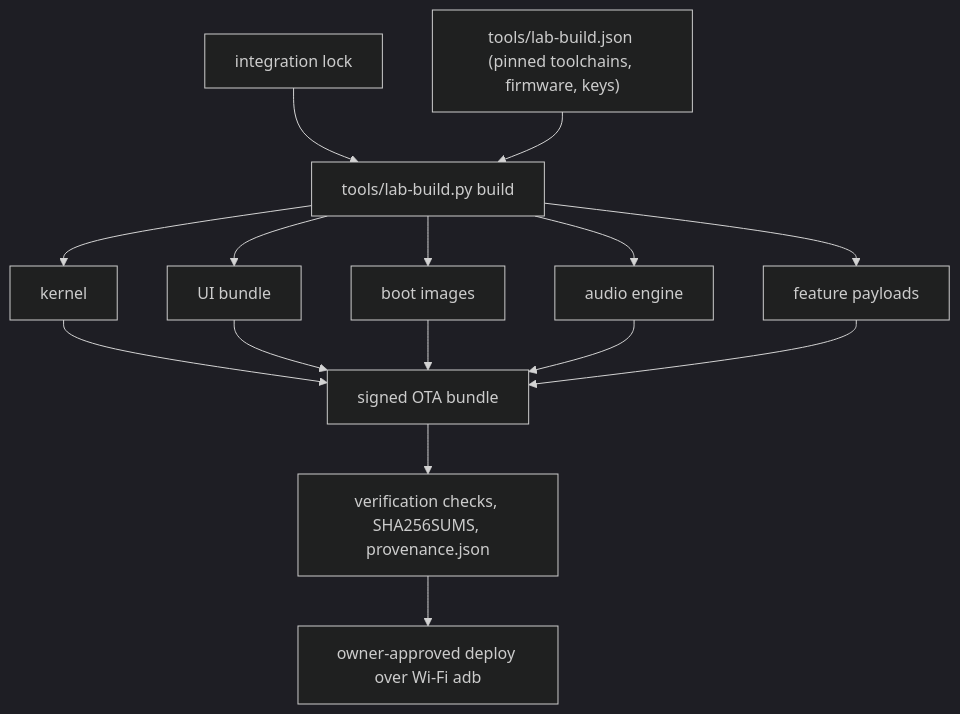
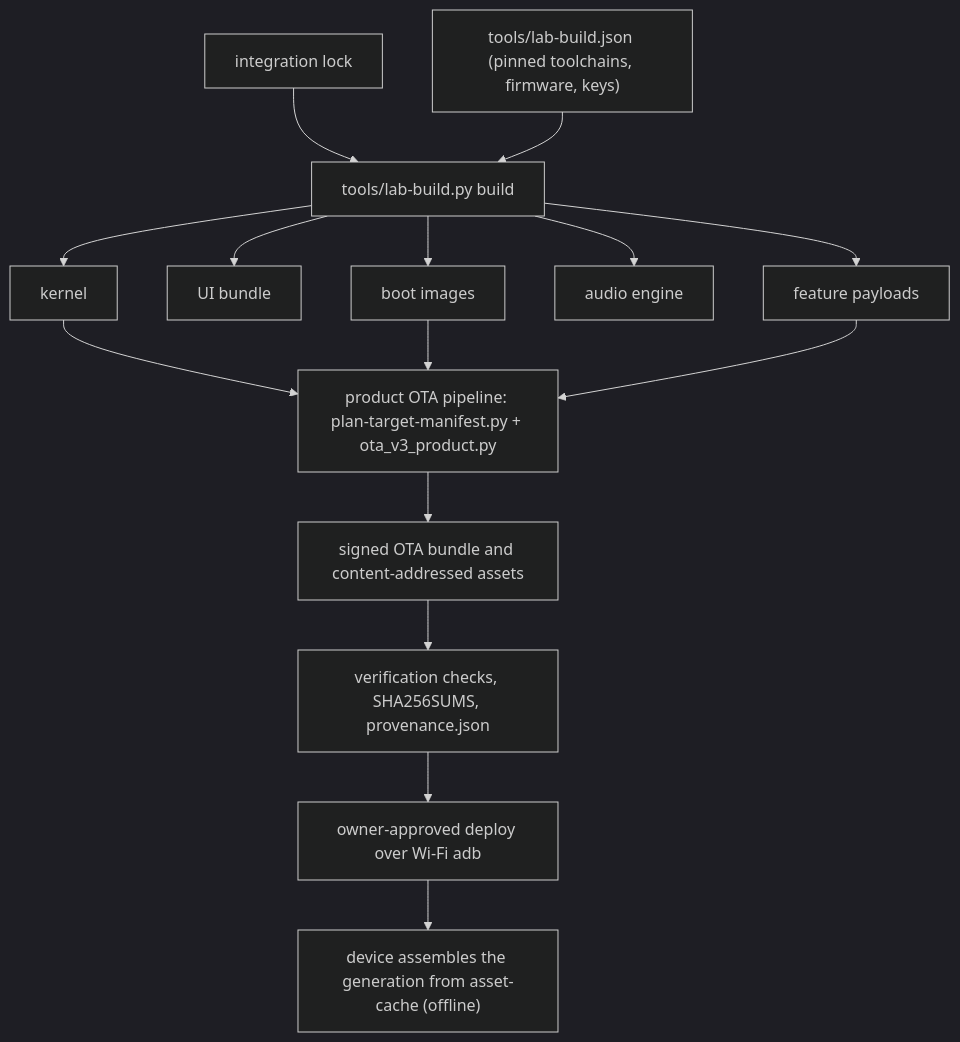
Before and after one commit to TomGrozev/libreecho-lidar-port: the third of 3 diagrams in README.md, drawn with Mermaid (dark theme). The commit also changed other lines of this file and 3 other files, not shown here.

First line of the commit message:
feat(tools): sign lab OTAs with the LibreEcho product pipeline

````diff
--- a/README.md
+++ b/README.md
@@ -109,17 +109,17 @@
 ```mermaid
 flowchart TD
     LOCK["integration lock"] --> BUILD["tools/lab-build.py build"]
     PIN["tools/lab-build.json (pinned toolchains, firmware, keys)"] --> BUILD
     BUILD --> K["kernel"]
     BUILD --> UI["UI bundle"]
     BUILD --> BOOT["boot images"]
     BUILD --> AUD["audio engine"]
     BUILD --> FEATP["feature payloads"]
-    K --> OTA["signed OTA bundle"]
-    UI --> OTA
-    BOOT --> OTA
-    AUD --> OTA
-    FEATP --> OTA
+    K --> PLAN["product OTA pipeline: plan-target-manifest.py + ota_v3_product.py"]
+    BOOT --> PLAN
+    FEATP --> PLAN
+    PLAN --> OTA["signed OTA bundle and content-addressed assets"]
     OTA --> VER["verification checks, SHA256SUMS, provenance.json"]
     VER --> DEP["owner-approved deploy over Wi-Fi adb"]
+    DEP --> ASM["device assembles the generation from asset-cache (offline)"]
 ```
````
